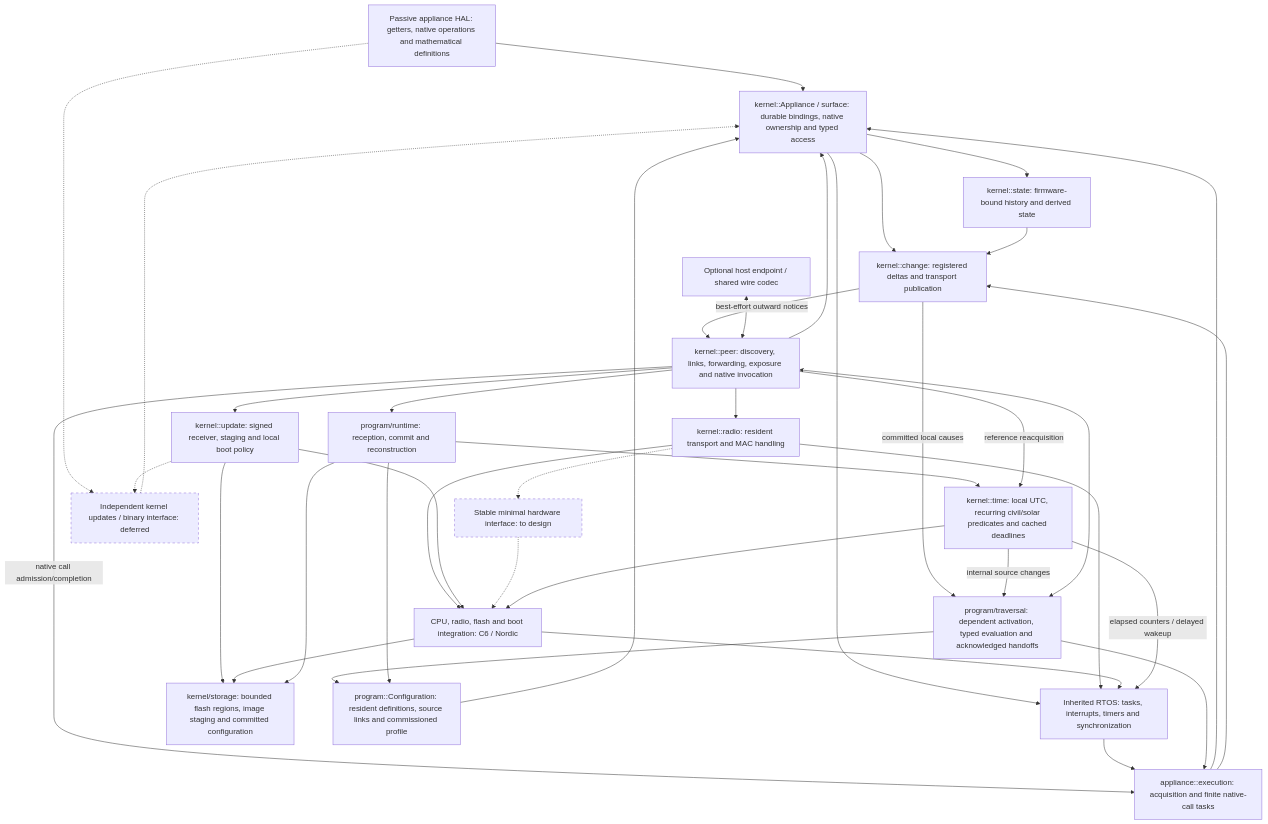
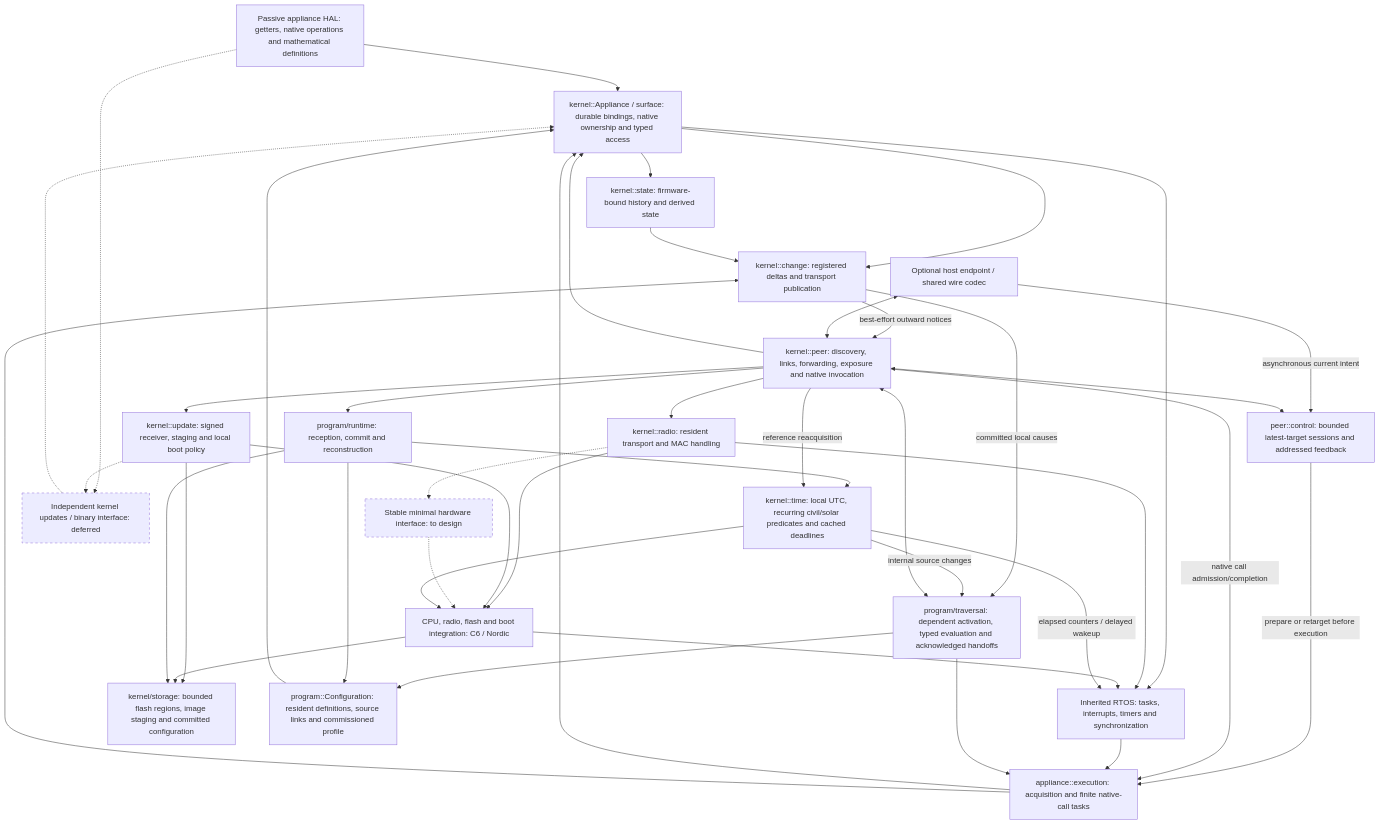
The diagram in docs/KERNEL_DIRECTION.md (zacharytomlinson/lattice-vertex), drawn with Mermaid before and after one commit. The commit also changed other lines of this file and 20 other files, not shown here.

````diff
--- a/docs/KERNEL_DIRECTION.md
+++ b/docs/KERNEL_DIRECTION.md
@@ -42,63 +42,67 @@
 ```mermaid
 flowchart TB
     firmware["Passive appliance HAL: getters, native operations and mathematical definitions"]
     appliance["kernel::Appliance / surface: durable bindings, native ownership and typed access"]
     observation["kernel::change: registered deltas and transport publication"]
     history["kernel::state: firmware-bound history and derived state"]
     peer["kernel::peer: discovery, links, forwarding, exposure and native invocation"]
+    control["peer::control: bounded latest-target sessions and addressed feedback"]
     transport["kernel::radio: resident transport and MAC handling"]
     ports["CPU, radio, flash and boot integration: C6 / Nordic"]
     rtos["Inherited RTOS: tasks, interrupts, timers and synchronization"]
     host["Optional host endpoint / shared wire codec"]
     update["kernel::update: signed receiver, staging and local boot policy"]
     storage["kernel/storage: bounded flash regions, image staging and committed configuration"]
     adapters["Stable minimal hardware interface: to design"]
     abi["Independent kernel updates / binary interface: deferred"]
     monitor["appliance::execution: acquisition and finite native-call tasks"]
     programs["program::Configuration: resident definitions, source links and commissioned profile"]
     traversal["program/traversal: dependent activation, typed evaluation and acknowledged handoffs"]
     installer["program/runtime: reception, commit and reconstruction"]
     time["kernel::time: local UTC, recurring civil/solar predicates and cached deadlines"]
 
     firmware --> appliance
     firmware -.-> abi
     abi -.-> appliance
     appliance --> observation
     appliance --> history
     history --> observation
     observation -->|best-effort outward notices| peer
     peer --> appliance
+    host -->|asynchronous current intent| control
+    peer <--> control
+    control -->|prepare or retarget before execution| monitor
     peer -->|native call admission/completion| monitor
     peer --> transport
     transport --> ports
     appliance --> rtos
     transport --> rtos
     ports --> rtos
     host <--> peer
     peer --> update
     update --> ports
     update --> storage
     ports --> storage
     update -.-> abi
     transport -.-> adapters
     adapters -.-> ports
     rtos --> monitor
     monitor --> appliance
     monitor --> observation
     peer --> installer
     observation -->|committed local causes| traversal
     programs --> appliance
     traversal --> programs
     traversal <--> peer
     traversal --> monitor
     installer --> programs
     installer --> storage
     installer --> time
     time -->|internal source changes| traversal
     time -->|elapsed counters / delayed wakeup| rtos
     time --> ports
     peer -->|reference reacquisition| time
 
     classDef planned stroke-dasharray: 5 5;
     class adapters,abi planned;
 ```
````
